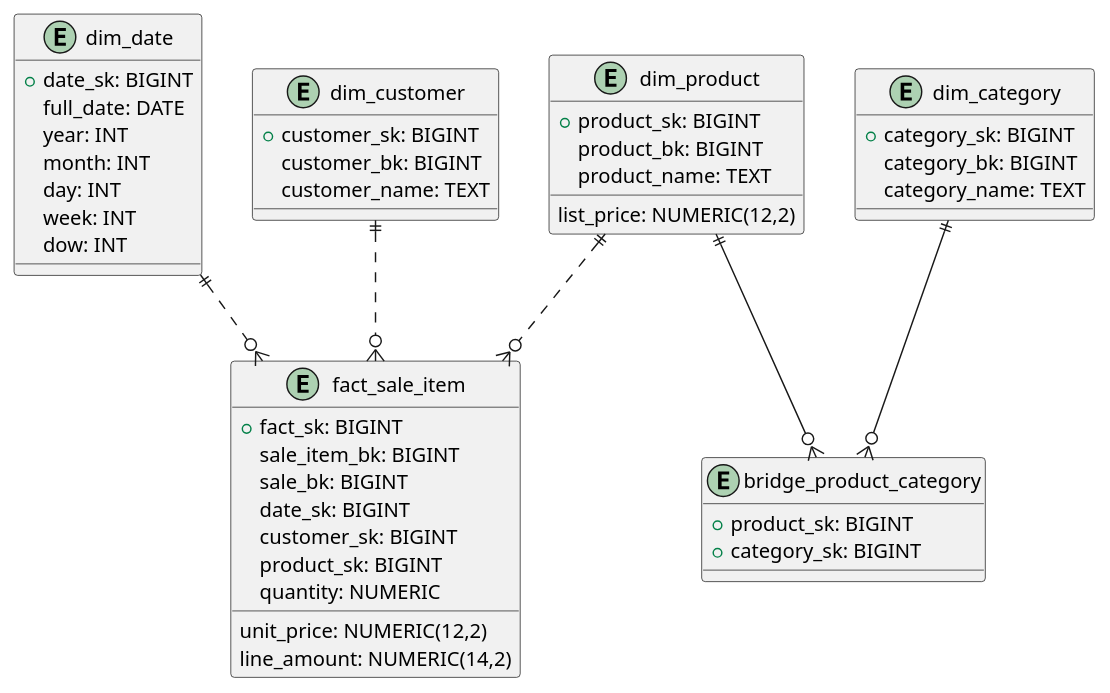
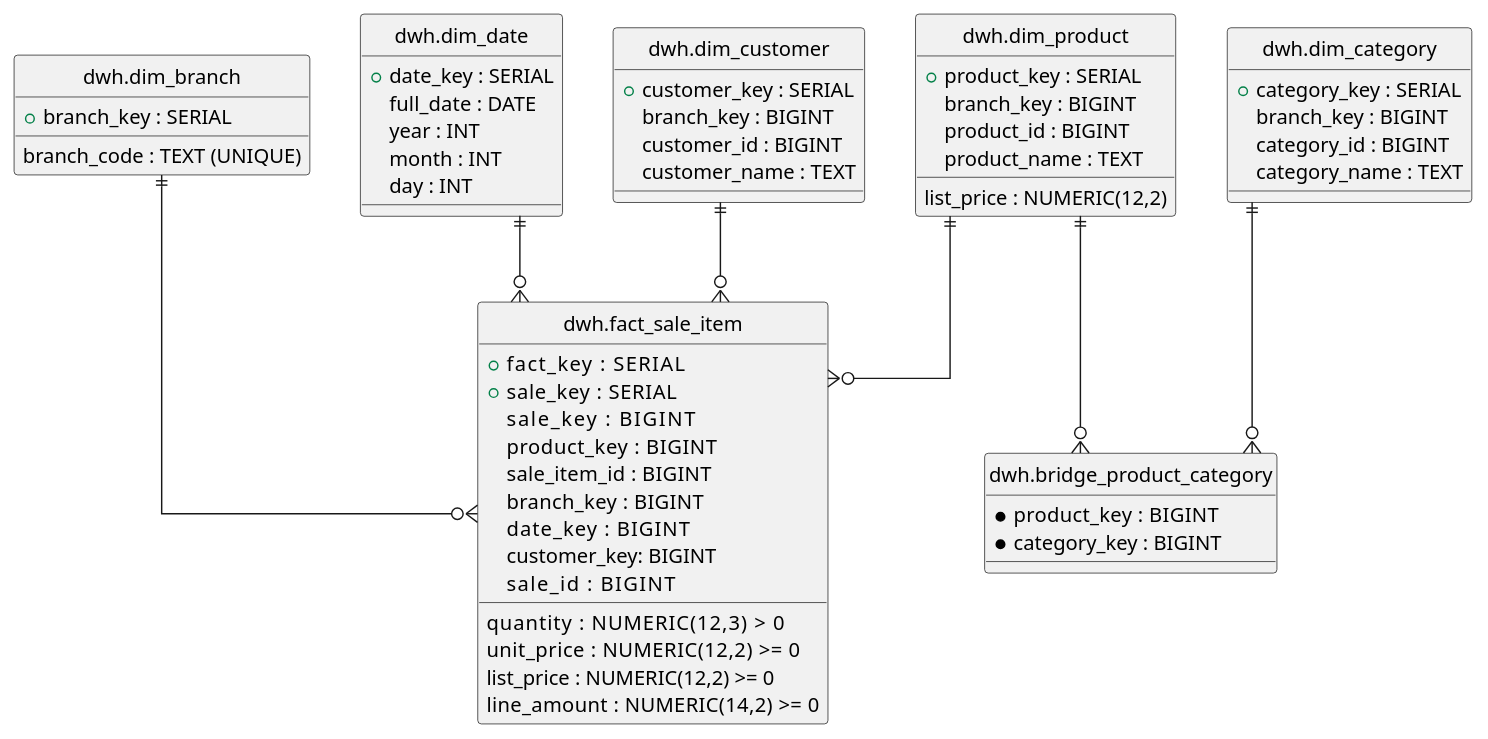
The diagram in kimball.puml (staciagreen/postgresql-dwh-etl), drawn with PlantUML before and after one commit. The commit also changed 22 other files, not shown here.

```diff
--- a/kimball.puml
+++ b/kimball.puml
@@ -1,53 +1,72 @@
 @startuml
-entity "dim_date" as d {
-  + date_sk: BIGINT
-  full_date: DATE
-  year: INT
-  month: INT
-  day: INT
-  week: INT
-  dow: INT
+hide circle
+skinparam linetype ortho
+
+entity "dwh.dim_branch" as br {
+  +branch_key : SERIAL
+  branch_code : TEXT (UNIQUE)
 }
 
-entity "dim_customer" as c {
-  + customer_sk: BIGINT
-  customer_bk: BIGINT
-  customer_name: TEXT
+entity "dwh.dim_date" as d {
+  +date_key : SERIAL
+  full_date : DATE
+  year : INT
+  month : INT
+  day : INT
 }
 
-entity "dim_product" as p {
-  + product_sk: BIGINT
-  product_bk: BIGINT
-  product_name: TEXT
-  list_price: NUMERIC(12,2)
+entity "dwh.dim_customer" as c {
+  +customer_key : SERIAL
+  branch_key : BIGINT
+  customer_id : BIGINT
+  customer_name : TEXT
 }
 
-entity "dim_category" as cat {
-  + category_sk: BIGINT
-  category_bk: BIGINT
-  category_name: TEXT
+entity "dwh.dim_product" as p {
+  +product_key : SERIAL
+  branch_key : BIGINT
+  product_id : BIGINT
+  product_name : TEXT
+  list_price : NUMERIC(12,2)
 }
 
-entity "bridge_product_category" as bpc {
-  + product_sk: BIGINT
-  + category_sk: BIGINT
+entity "dwh.dim_category" as cat {
+  +category_key : SERIAL
+  branch_key : BIGINT
+  category_id : BIGINT
+  category_name : TEXT
 }
 
-entity "fact_sale_item" as f {
-  + fact_sk: BIGINT
-  sale_item_bk: BIGINT
-  sale_bk: BIGINT
-  date_sk: BIGINT
-  customer_sk: BIGINT
-  product_sk: BIGINT
-  quantity: NUMERIC
-  unit_price: NUMERIC(12,2)
-  line_amount: NUMERIC(14,2)
+entity "dwh.bridge_product_category" as bpc {
+  *product_key  : BIGINT
+  *category_key : BIGINT
 }
 
-d ||..o{ f
-c ||..o{ f
-p ||..o{ f
-p ||--o{ bpc
-cat ||--o{ bpc
+
+' Позиция чека
+entity "dwh.fact_sale_item" as si {
+  +fact_key     : SERIAL
+  +sale_key   : SERIAL
+  sale_key      : BIGINT
+  product_key   : BIGINT
+  sale_item_id  : BIGINT
+  branch_key  : BIGINT
+  date_key    : BIGINT
+  customer_key: BIGINT
+  sale_id     : BIGINT
+  quantity      : NUMERIC(12,3) > 0
+  unit_price    : NUMERIC(12,2) >= 0
+  list_price : NUMERIC(12,2) >= 0
+  line_amount   : NUMERIC(14,2) >= 0
+}
+
+
+p  ||--o{ bpc
+cat||--o{ bpc
+
+br ||--o{ si
+d  ||--o{ si
+c  ||--o{ si
+p  ||--o{ si
+
 @enduml
```
